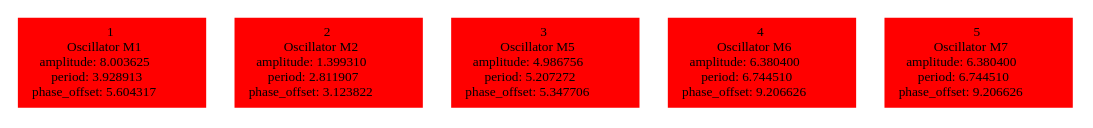
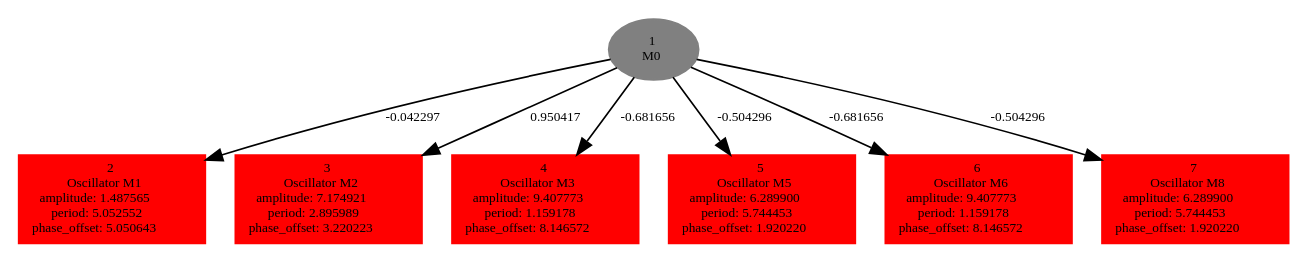
The diagram in experiments/locomotion1/offspringpop4/tempbrain.dot (karinemiras/l-system), drawn with Graphviz before and after one commit. The commit also changed 390 other files, not shown here.

```diff
--- a/experiments/locomotion1/offspringpop4/tempbrain.dot
+++ b/experiments/locomotion1/offspringpop4/tempbrain.dot
@@ -1,7 +1,15 @@
  digraph g{ forcelabels=true;
-1 [label=<1<BR />Oscillator M1<BR /> amplitude: 8.003625<BR /> period: 3.928913<BR /> phase_offset: 5.604317>, shape=box,color=red,style=filled,fontsize=8];
-2 [label=<2<BR />Oscillator M2<BR /> amplitude: 1.399310<BR /> period: 2.811907<BR /> phase_offset: 3.123822>, shape=box,color=red,style=filled,fontsize=8];
-3 [label=<3<BR />Oscillator M5<BR /> amplitude: 4.986756<BR /> period: 5.207272<BR /> phase_offset: 5.347706>, shape=box,color=red,style=filled,fontsize=8];
-4 [label=<4<BR />Oscillator M6<BR /> amplitude: 6.380400<BR /> period: 6.744510<BR /> phase_offset: 9.206626>, shape=box,color=red,style=filled,fontsize=8];
-5 [label=<5<BR />Oscillator M7<BR /> amplitude: 6.380400<BR /> period: 6.744510<BR /> phase_offset: 9.206626>, shape=box,color=red,style=filled,fontsize=8];
+1[label=<1<BR/>M0>,color="grey",style=filled,fontsize=8];
+2 [label=<2<BR />Oscillator M1<BR /> amplitude: 1.487565<BR /> period: 5.052552<BR /> phase_offset: 5.050643>, shape=box,color=red,style=filled,fontsize=8];
+3 [label=<3<BR />Oscillator M2<BR /> amplitude: 7.174921<BR /> period: 2.895989<BR /> phase_offset: 3.220223>, shape=box,color=red,style=filled,fontsize=8];
+4 [label=<4<BR />Oscillator M3<BR /> amplitude: 9.407773<BR /> period: 1.159178<BR /> phase_offset: 8.146572>, shape=box,color=red,style=filled,fontsize=8];
+5 [label=<5<BR />Oscillator M5<BR /> amplitude: 6.289900<BR /> period: 5.744453<BR /> phase_offset: 1.920220>, shape=box,color=red,style=filled,fontsize=8];
+6 [label=<6<BR />Oscillator M6<BR /> amplitude: 9.407773<BR /> period: 1.159178<BR /> phase_offset: 8.146572>, shape=box,color=red,style=filled,fontsize=8];
+7 [label=<7<BR />Oscillator M8<BR /> amplitude: 6.289900<BR /> period: 5.744453<BR /> phase_offset: 1.920220>, shape=box,color=red,style=filled,fontsize=8];
+1 -> 2[label="-0.042297 ",fontsize="8"];
+1 -> 3[label="0.950417 ",fontsize="8"];
+1 -> 4[label="-0.681656 ",fontsize="8"];
+1 -> 5[label="-0.504296 ",fontsize="8"];
+1 -> 6[label="-0.681656 ",fontsize="8"];
+1 -> 7[label="-0.504296 ",fontsize="8"];
  }
```
